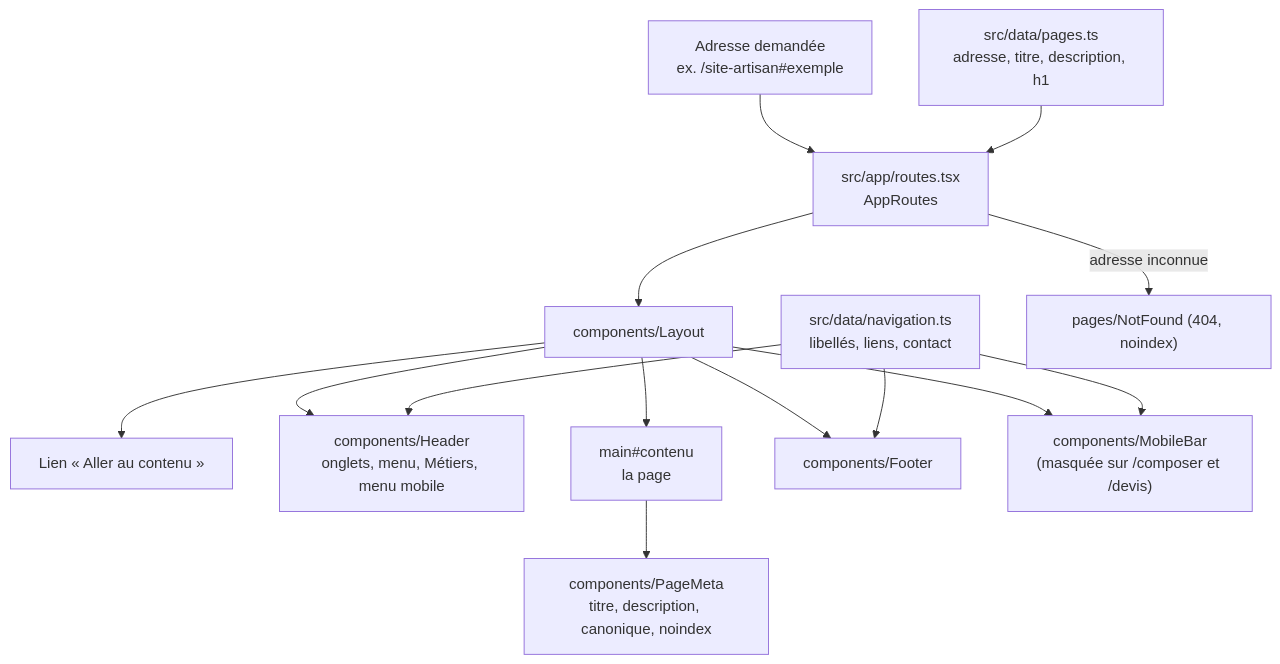
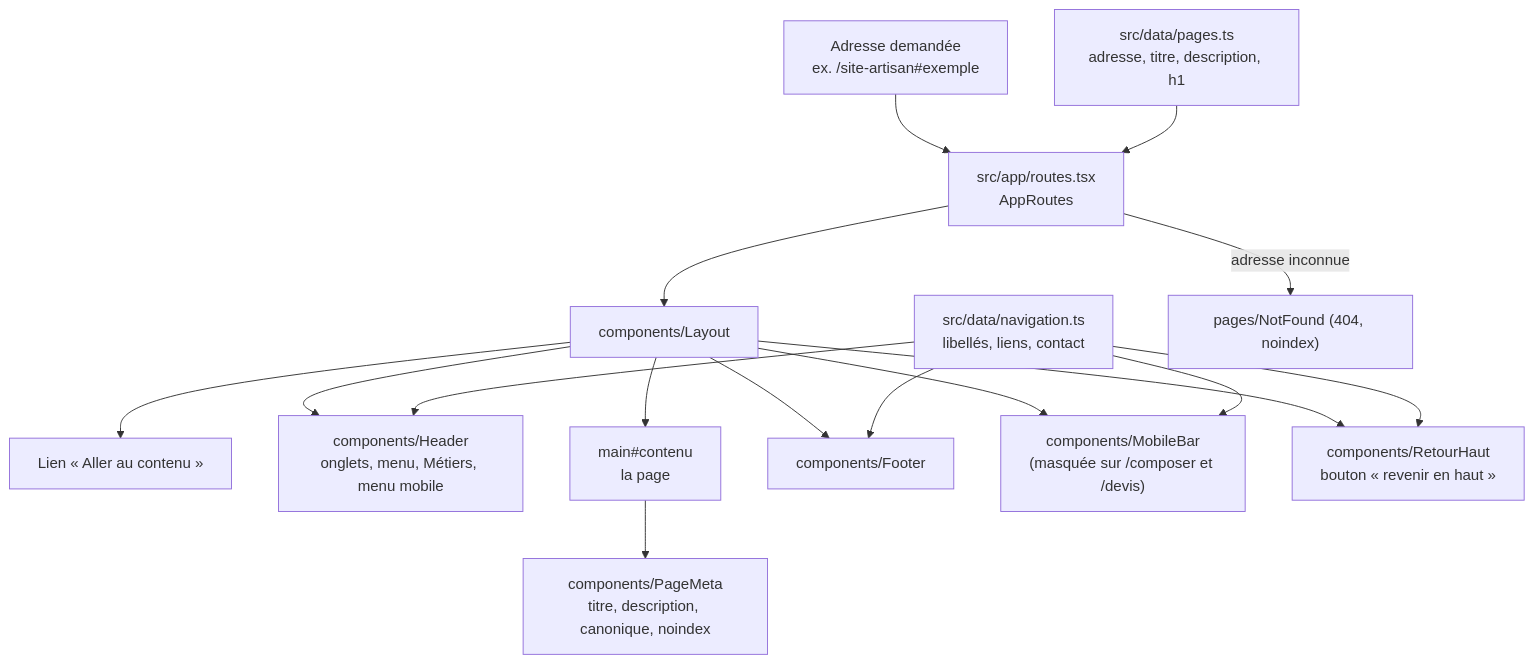
One commit to bsandoz79/bsandoz-site changed the diagram in docs/fonctionnalites/navigation.md. Above: the diagram before and after it, drawn with Mermaid. The commit also changed other lines of this file and 7 other files, not shown here.

Commit message:
feat: bouton « revenir en haut »

````diff
--- a/docs/fonctionnalites/navigation.md
+++ b/docs/fonctionnalites/navigation.md
@@ -7,14 +7,15 @@
 ```mermaid
 flowchart TB
   url["Adresse demandée<br/>ex. /site-artisan#exemple"] --> routes["src/app/routes.tsx<br/>AppRoutes"]
   pagesData["src/data/pages.ts<br/>adresse, titre, description, h1"] --> routes
   routes --> layout["components/Layout"]
   layout --> skip["Lien « Aller au contenu »"]
   layout --> header["components/Header<br/>onglets, menu, Métiers, menu mobile"]
   layout --> main["main#contenu<br/>la page"]
   layout --> footer["components/Footer"]
   layout --> bar["components/MobileBar<br/>(masquée sur /composer et /devis)"]
-  nav["src/data/navigation.ts<br/>libellés, liens, contact"] --> header & footer & bar
+  layout --> haut["components/RetourHaut<br/>bouton « revenir en haut »"]
+  nav["src/data/navigation.ts<br/>libellés, liens, contact"] --> header & footer & bar & haut
   main --> meta["components/PageMeta<br/>titre, description, canonique, noindex"]
   routes -- "adresse inconnue" --> nf["pages/NotFound (404, noindex)"]
 ```
````
